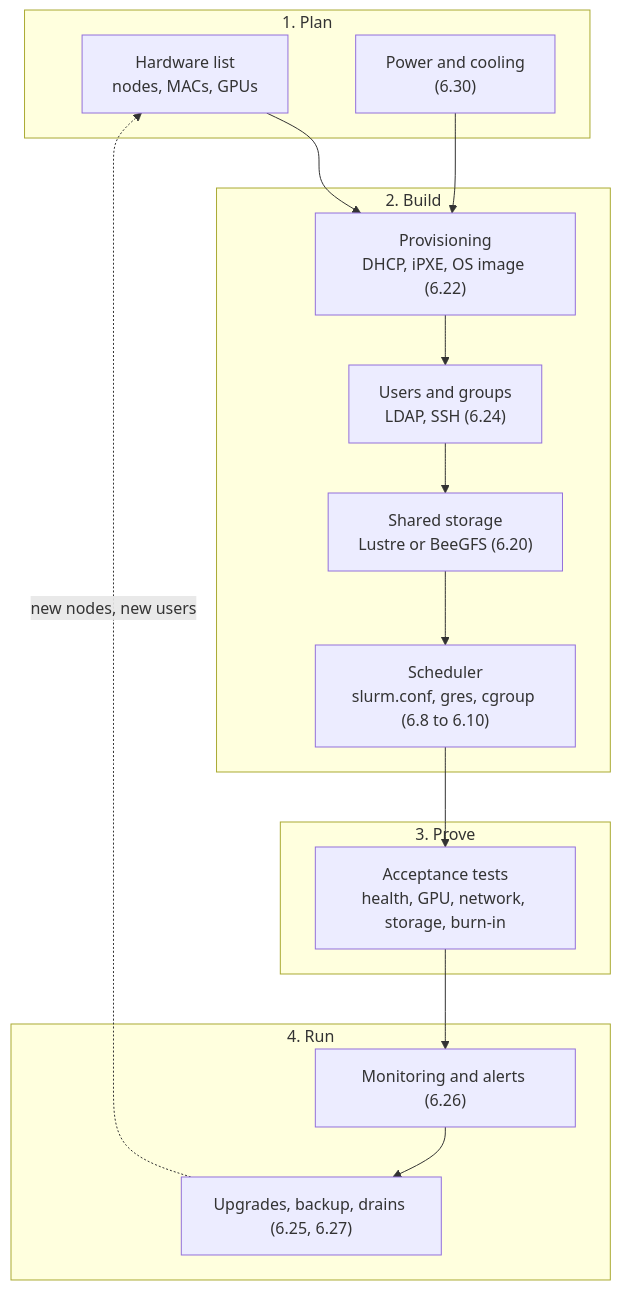
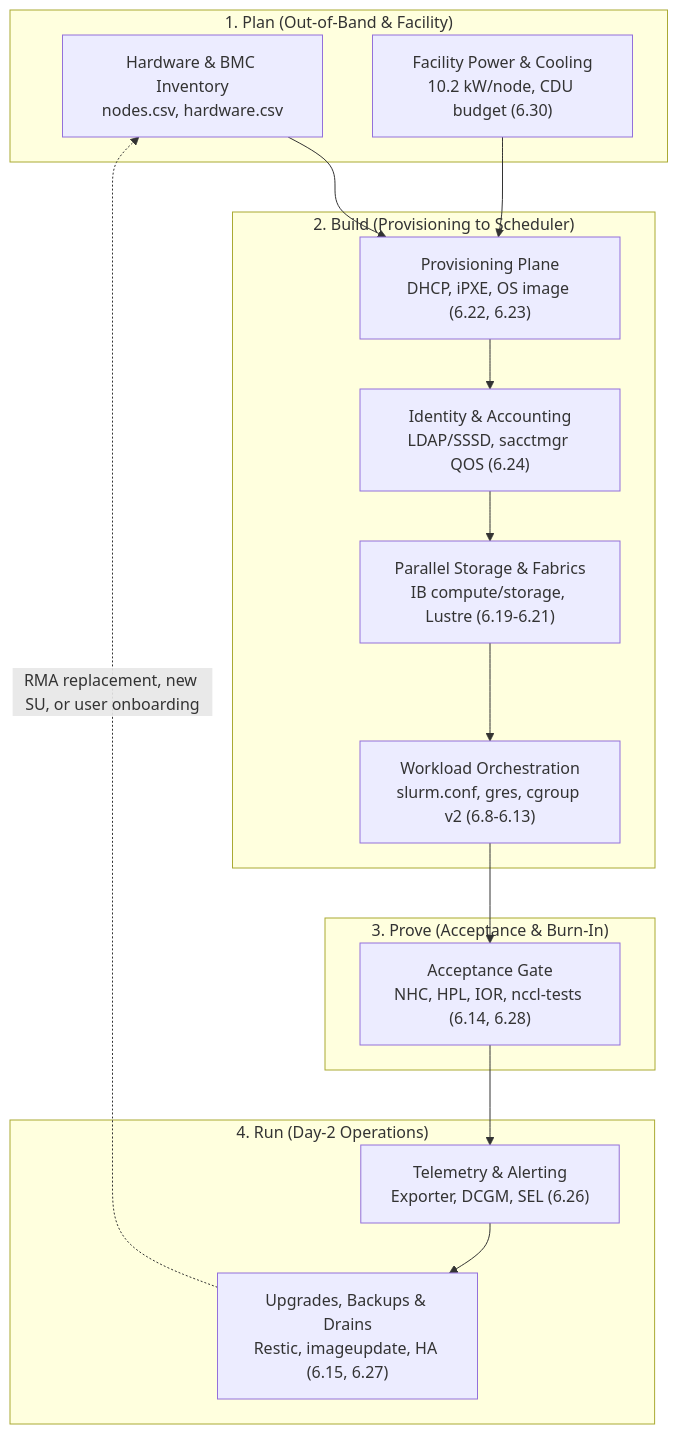
One commit to jithinpnjm/ai-infra-handbook changed the first of 3 diagrams in docs/part-06-hpc-slurm/31-capstone-build-and-operate-a-small-slurm-gpu-cluster.md. Above: the diagram before and after it, drawn with Mermaid. The commit also changed other lines of this file and 4 other files, not shown here.

Commit message:
Complete Chapter 6.31: Capstone: build and operate a small Slurm GPU cluster

````diff
--- a/docs/part-06-hpc-slurm/31-capstone-build-and-operate-a-small-slurm-gpu-cluster.md
+++ b/docs/part-06-hpc-slurm/31-capstone-build-and-operate-a-small-slurm-gpu-cluster.md
@@ -39,29 +47,29 @@
 ```mermaid
 flowchart TB
-    subgraph PLAN["1. Plan"]
-        INV["Hardware list<br/>nodes, MACs, GPUs"]
-        FAC["Power and cooling<br/>(6.30)"]
+    subgraph PLAN["1. Plan (Out-of-Band & Facility)"]
+        INV["Hardware & BMC Inventory<br/>nodes.csv, hardware.csv"]
+        FAC["Facility Power & Cooling<br/>10.2 kW/node, CDU budget (6.30)"]
     end
-    subgraph BUILD["2. Build"]
-        PROV["Provisioning<br/>DHCP, iPXE, OS image (6.22)"]
-        ID["Users and groups<br/>LDAP, SSH (6.24)"]
-        STO["Shared storage<br/>Lustre or BeeGFS (6.20)"]
-        SCH["Scheduler<br/>slurm.conf, gres, cgroup (6.8 to 6.10)"]
+    subgraph BUILD["2. Build (Provisioning to Scheduler)"]
+        PROV["Provisioning Plane<br/>DHCP, iPXE, OS image (6.22, 6.23)"]
+        ID["Identity & Accounting<br/>LDAP/SSSD, sacctmgr QOS (6.24)"]
+        STO["Parallel Storage & Fabrics<br/>IB compute/storage, Lustre (6.19-6.21)"]
+        SCH["Workload Orchestration<br/>slurm.conf, gres, cgroup v2 (6.8-6.13)"]
     end
-    subgraph PROVE["3. Prove"]
-        TEST["Acceptance tests<br/>health, GPU, network, storage, burn-in"]
+    subgraph PROVE["3. Prove (Acceptance & Burn-In)"]
+        TEST["Acceptance Gate<br/>NHC, HPL, IOR, nccl-tests (6.14, 6.28)"]
     end
-    subgraph RUN["4. Run"]
-        MON["Monitoring and alerts (6.26)"]
-        OPS["Upgrades, backup, drains (6.25, 6.27)"]
+    subgraph RUN["4. Run (Day-2 Operations)"]
+        MON["Telemetry & Alerting<br/>Exporter, DCGM, SEL (6.26)"]
+        OPS["Upgrades, Backups & Drains<br/>Restic, imageupdate, HA (6.15, 6.27)"]
     end
     INV --> PROV
     FAC --> PROV
     PROV --> ID
     ID --> STO
     STO --> SCH
     SCH --> TEST
     TEST --> MON
     MON --> OPS
-    OPS -. "new nodes, new users" .-> INV
+    OPS -. "RMA replacement, new SU, or user onboarding" .-> INV
 ```
````
